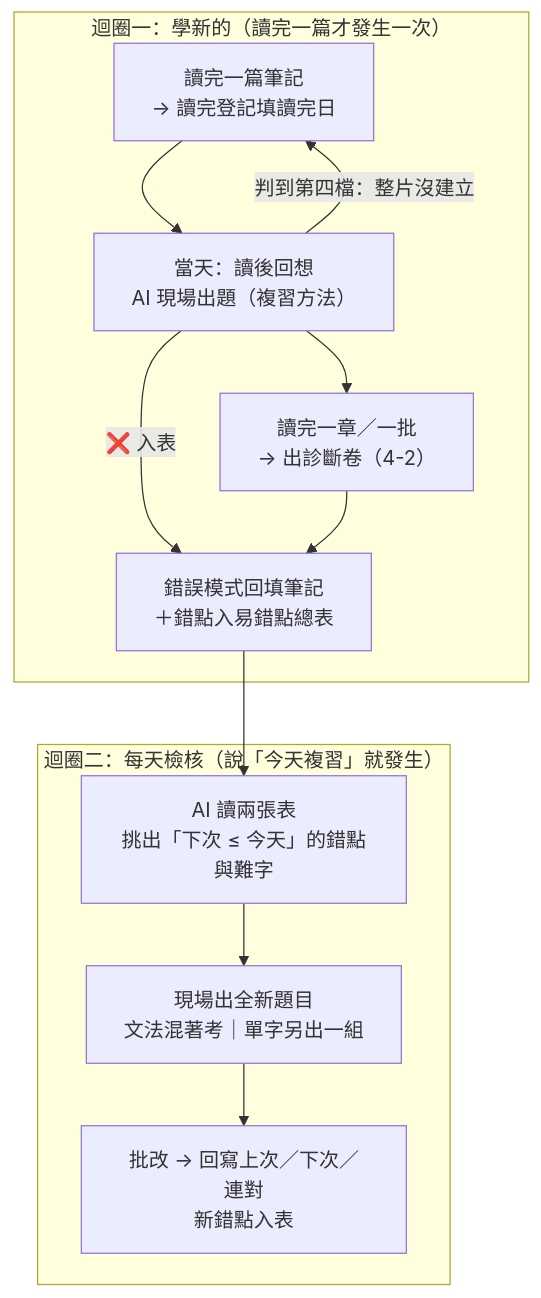
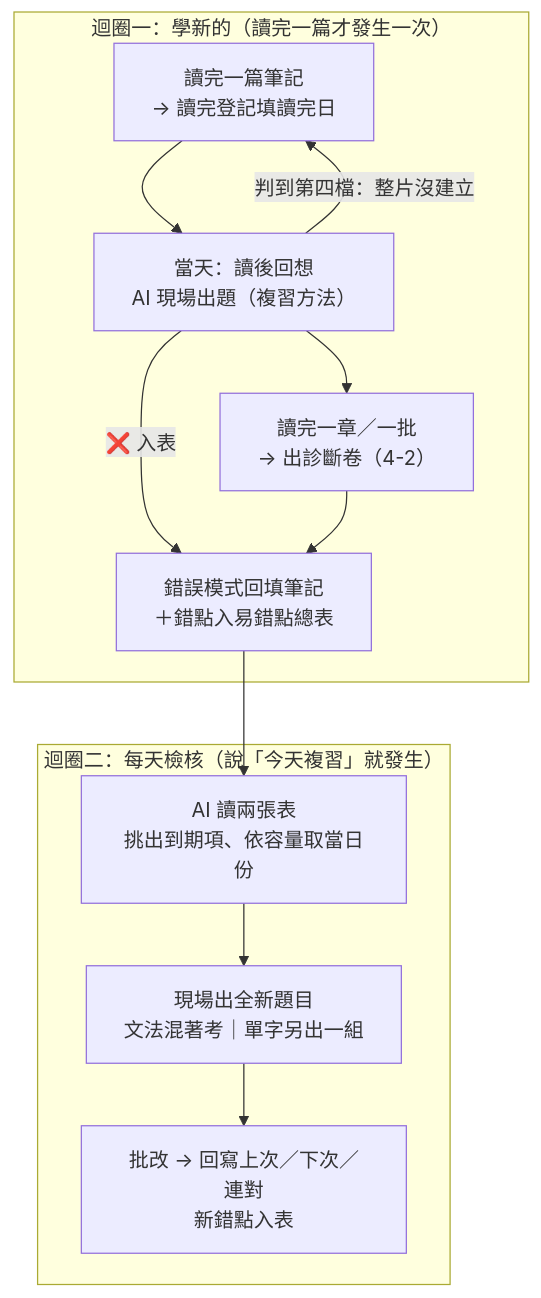
Before and after one commit to aquariusCCA/english-learning-system: the first of 2 diagrams in 00 使用說明與範本/使用說明.md, drawn with Mermaid. The commit also changed other lines of this file and 7 other files, not shown here.

````diff
--- a/00 使用說明與範本/使用說明.md
+++ b/00 使用說明與範本/使用說明.md
@@ -134,15 +135,15 @@
 ```mermaid
 flowchart TB
     subgraph L1["迴圈一：學新的（讀完一篇才發生一次）"]
         A["讀完一篇筆記<br>→ 讀完登記填讀完日"] --> A2["當天：讀後回想<br>AI 現場出題（複習方法）"]
         A2 -->|"判到第四檔：整片沒建立"| A
         A2 -->|"❌ 入表"| C
         A2 --> B["讀完一章／一批<br>→ 出診斷卷（4-2）"]
         B --> C["錯誤模式回填筆記<br>＋錯點入易錯點總表"]
     end
     subgraph L2["迴圈二：每天檢核（說「今天複習」就發生）"]
-        D["AI 讀兩張表<br>挑出「下次 ≤ 今天」的錯點與難字"] --> E["現場出全新題目<br>文法混著考｜單字另出一組"]
+        D["AI 讀兩張表<br>挑出到期項、依容量取當日份"] --> E["現場出全新題目<br>文法混著考｜單字另出一組"]
         E --> F["批改 → 回寫上次／下次／連對<br>新錯點入表"]
     end
     C --> D
 ```
````
